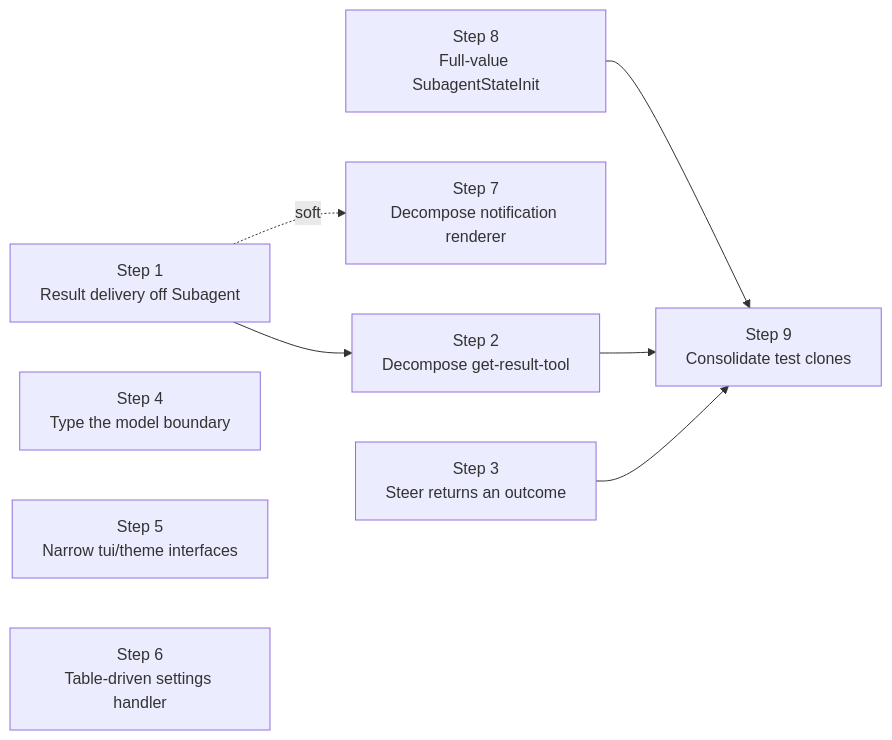
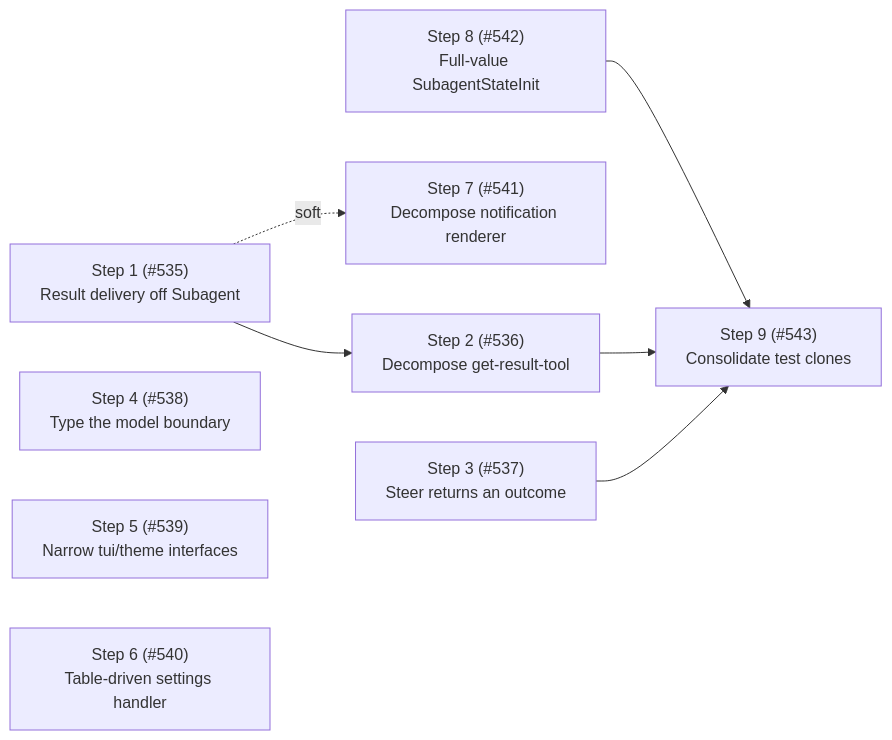
The sixth of 6 diagrams in packages/pi-subagents/docs/architecture/architecture.md (whaoa/forked-gotgenes-pi-packages), drawn with Mermaid before and after one commit. The commit also changed other lines of this file, not shown here.

Commit message:
docs(pi-subagents): link Phase 20 roadmap steps to issues #535-#543

````diff
--- a/packages/pi-subagents/docs/architecture/architecture.md
+++ b/packages/pi-subagents/docs/architecture/architecture.md
@@ -1064,12 +1064,12 @@
 ```mermaid
 flowchart LR
-    S1["Step 1<br/>Result delivery off Subagent"] --> S2["Step 2<br/>Decompose get-result-tool"]
-    S1 -.soft.-> S7["Step 7<br/>Decompose notification renderer"]
-    S3["Step 3<br/>Steer returns an outcome"]
-    S4["Step 4<br/>Type the model boundary"]
-    S5["Step 5<br/>Narrow tui/theme interfaces"]
-    S6["Step 6<br/>Table-driven settings handler"]
-    S8["Step 8<br/>Full-value SubagentStateInit"] --> S9["Step 9<br/>Consolidate test clones"]
+    S1["Step 1 (#535)<br/>Result delivery off Subagent"] --> S2["Step 2 (#536)<br/>Decompose get-result-tool"]
+    S1 -.soft.-> S7["Step 7 (#541)<br/>Decompose notification renderer"]
+    S3["Step 3 (#537)<br/>Steer returns an outcome"]
+    S4["Step 4 (#538)<br/>Type the model boundary"]
+    S5["Step 5 (#539)<br/>Narrow tui/theme interfaces"]
+    S6["Step 6 (#540)<br/>Table-driven settings handler"]
+    S8["Step 8 (#542)<br/>Full-value SubagentStateInit"] --> S9["Step 9 (#543)<br/>Consolidate test clones"]
     S2 --> S9
     S3 --> S9
 ```
````
